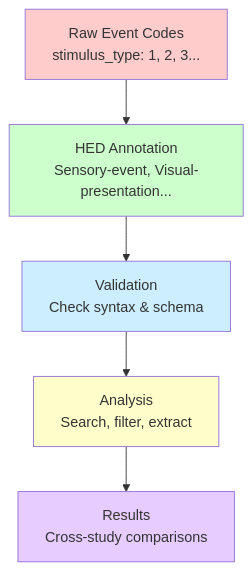
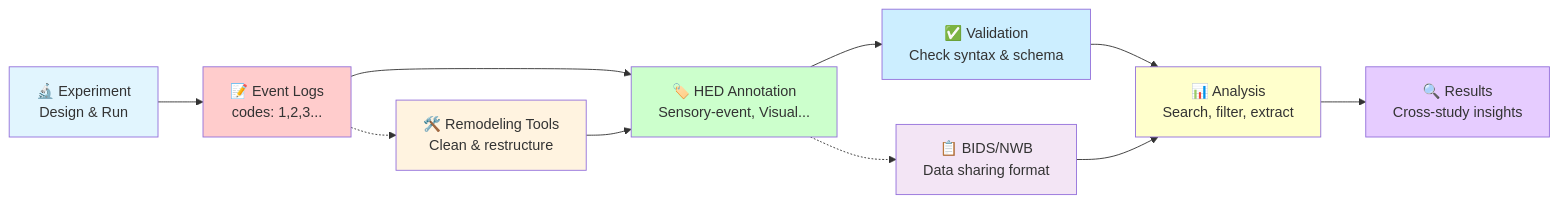
The diagram in docs/source/IntroductionToHed.md (VisLab/hed-resources), drawn with Mermaid before and after one commit. The commit also changed other lines of this file and 4 other files, not shown here.

````diff
--- a/docs/source/IntroductionToHed.md
+++ b/docs/source/IntroductionToHed.md
@@ -43,13 +43,23 @@
 ```{mermaid}
-graph TD
-    A[Raw Event Codes<br/>stimulus_type: 1, 2, 3...] --> B[HED Annotation<br/>Sensory-event, Visual-presentation...]
-    B --> C[Validation<br/>Check syntax & schema]
-    C --> D[Analysis<br/>Search, filter, extract]
-    D --> E[Results<br/>Cross-study comparisons]
+graph LR
+    A["🔬 Experiment<br/>Design & Run"] --> B["📝 Event Logs<br/>codes: 1,2,3..."]
+    B --> C["🏷️ HED Annotation<br/>Sensory-event, Visual..."]
+    C --> D["✅ Validation<br/>Check syntax & schema"]
+    D --> E["📊 Analysis<br/>Search, filter, extract"]
+    E --> F["🔍 Results<br/>Cross-study insights"]
     
-    style A fill:#ffcccc
-    style B fill:#ccffcc  
-    style C fill:#cceeff
-    style D fill:#ffffcc
-    style E fill:#e6ccff
+    B -.-> G["🛠️ Remodeling Tools<br/>Clean & restructure"]
+    G --> C
+    
+    C -.-> H["📋 BIDS/NWB<br/>Data sharing format"]
+    H --> E
+    
+    style A fill:#e1f5fe
+    style B fill:#ffcccc
+    style C fill:#ccffcc  
+    style D fill:#cceeff
+    style E fill:#ffffcc
+    style F fill:#e6ccff
+    style G fill:#fff3e0
+    style H fill:#f3e5f5
 ```
````
